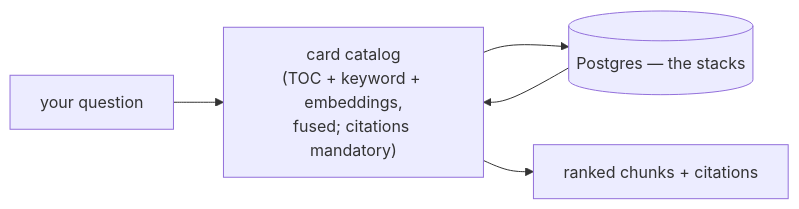
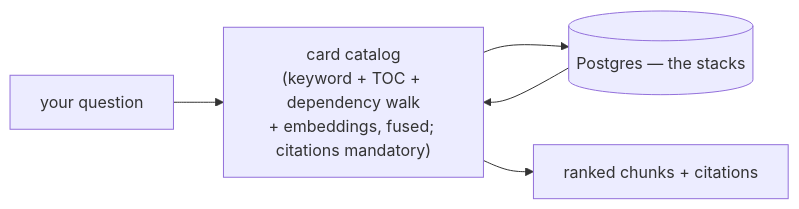
Before and after one commit to RileyK05/Stacks: the third of 19 diagrams in system.md, drawn with Mermaid. The commit also changed other lines of this file and 19 other files, not shown here.

````diff
--- a/system.md
+++ b/system.md
@@ -139,7 +140,7 @@
 ```mermaid
 flowchart LR
-    Q["your question"] --> RET["card catalog<br/>(TOC + keyword + embeddings,<br/>fused; citations mandatory)"]
+    Q["your question"] --> RET["card catalog<br/>(keyword + TOC + dependency walk<br/>+ embeddings, fused; citations mandatory)"]
     RET --> PG[("Postgres — the stacks")]
     PG --> RET
     RET --> A["ranked chunks + citations"]
 ```
````
